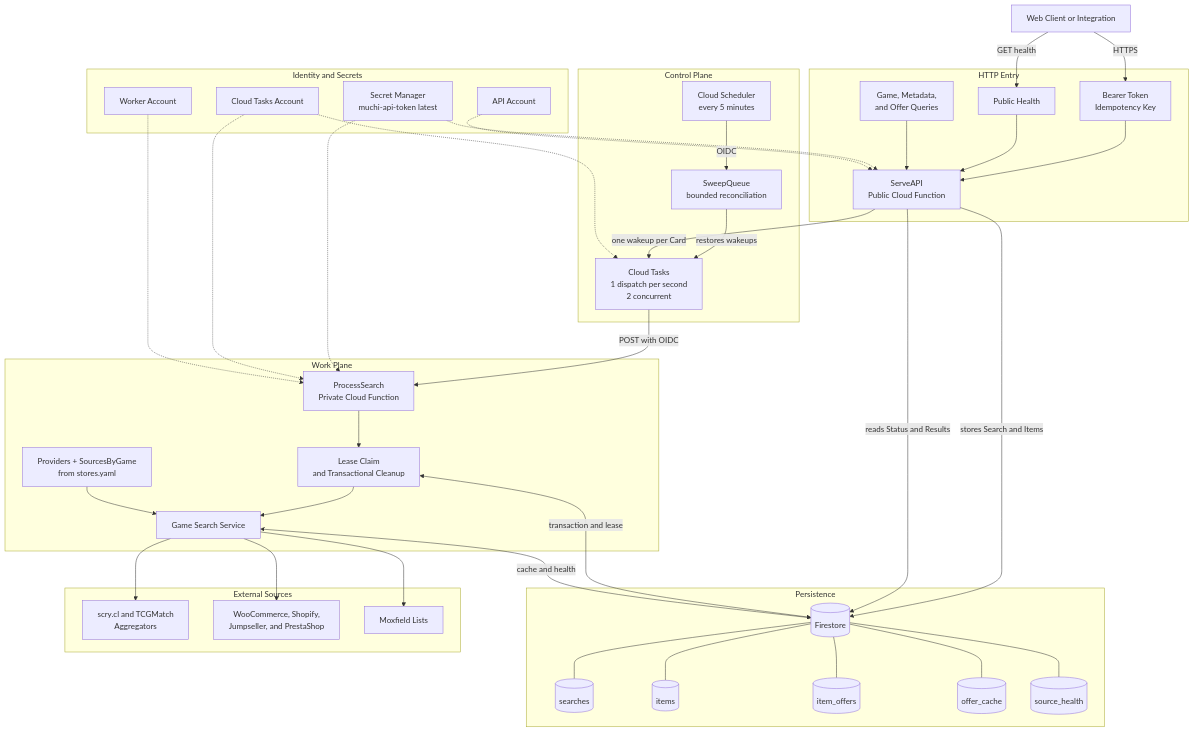
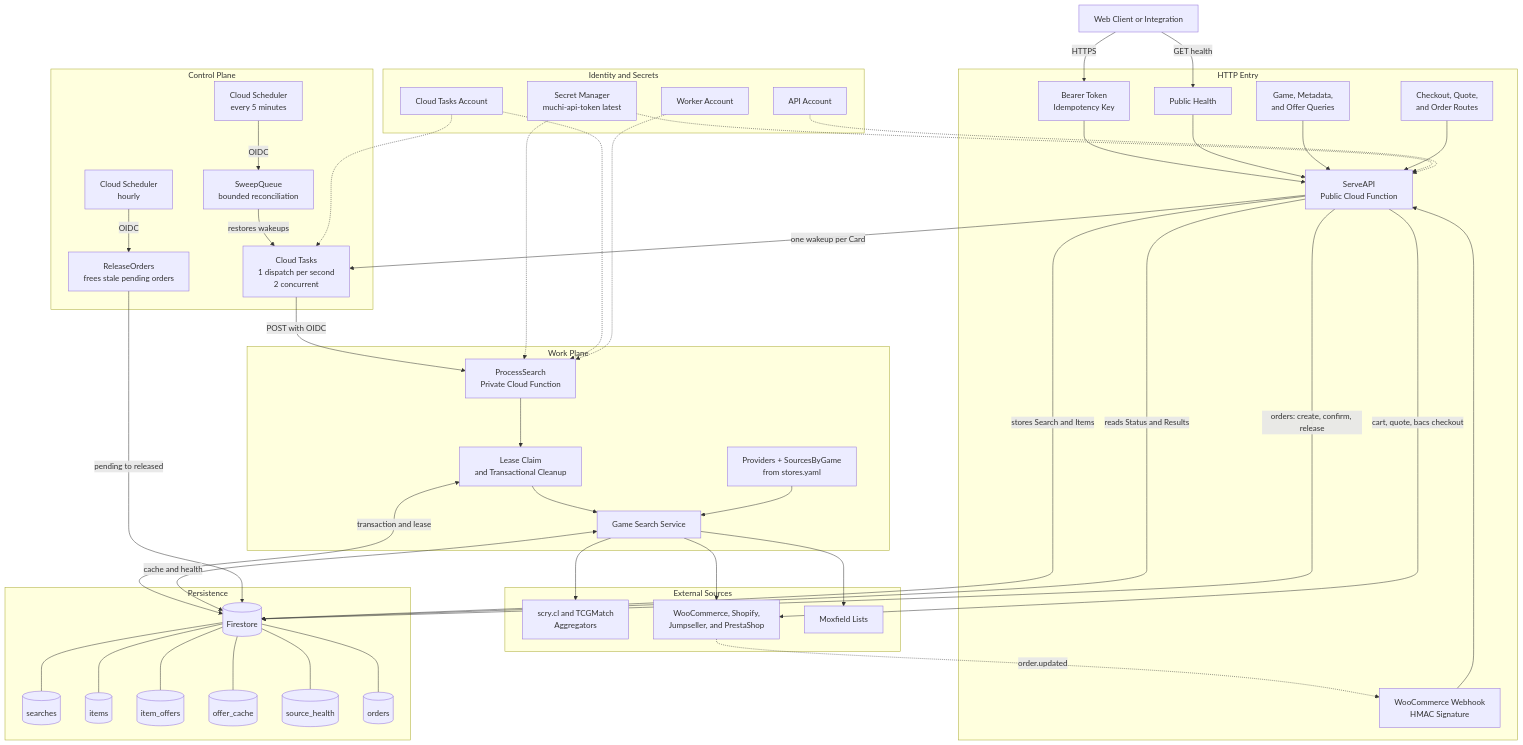
Before and after one commit to metaliaw/muchi: the first of 4 diagrams in backend/docs/architecture.md, drawn with Mermaid. The commit also changed other lines of this file and 1 other file, not shown here.

Commit message:
Draw the purchase flow in the architecture docs

````diff
--- a/backend/docs/architecture.md
+++ b/backend/docs/architecture.md
@@ -39,9 +39,13 @@
         auth[Bearer Token<br/>Idempotency Key]
         health[Public Health]
       cards[Game, Metadata,<br/>and Offer Queries]
+      purchase[Checkout, Quote,<br/>and Order Routes]
+        hook[WooCommerce Webhook<br/>HMAC Signature]
         auth --> api
         health --> api
       cards --> api
+      purchase --> api
+        hook --> api
     end
 
     subgraph control[Control Plane]
@@ -50,6 +54,9 @@
         sweeper[SweepQueue<br/>bounded reconciliation]
         scheduler -->|OIDC| sweeper
         sweeper -->|restores wakeups| tasks
+        hourly[Cloud Scheduler<br/>hourly]
+        releaser[ReleaseOrders<br/>frees stale pending orders]
+        hourly -->|OIDC| releaser
     end
 
     subgraph work[Work Plane]
@@ -68,11 +75,13 @@
         offers[(item_offers)]
         cache[(offer_cache)]
         healthStore[(source_health)]
+        ordersStore[(orders)]
         firestore --- searches
         firestore --- items
         firestore --- offers
         firestore --- cache
         firestore --- healthStore
+        firestore --- ordersStore
     end
 
     subgraph providers[External Sources]
@@ -104,5 +113,9 @@
     taskIdentity -.-> tasks
     taskIdentity -.-> worker
     apiIdentity -.-> api
+    api -->|cart, quote, bacs checkout| stores
+    stores -.->|order.updated| hook
+    api -->|orders: create, confirm, release| firestore
+    releaser -->|pending to released| firestore
     workerIdentity -.-> worker
 ```
````
